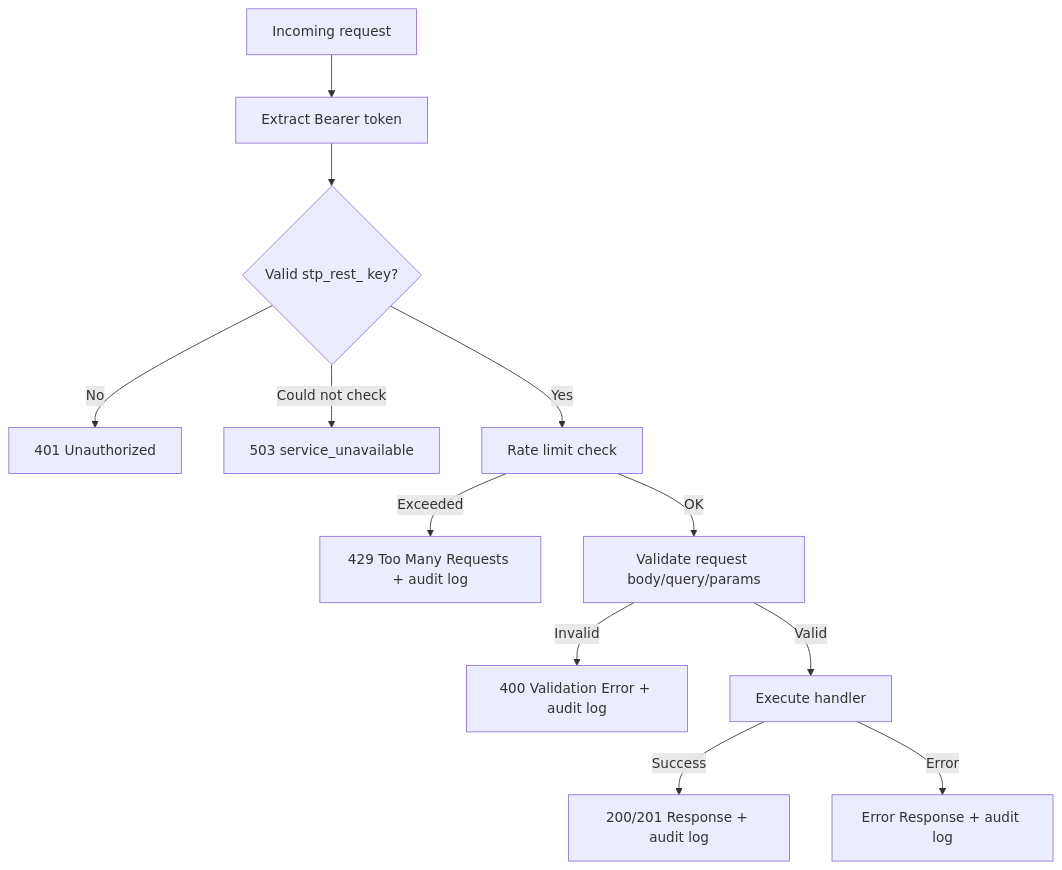
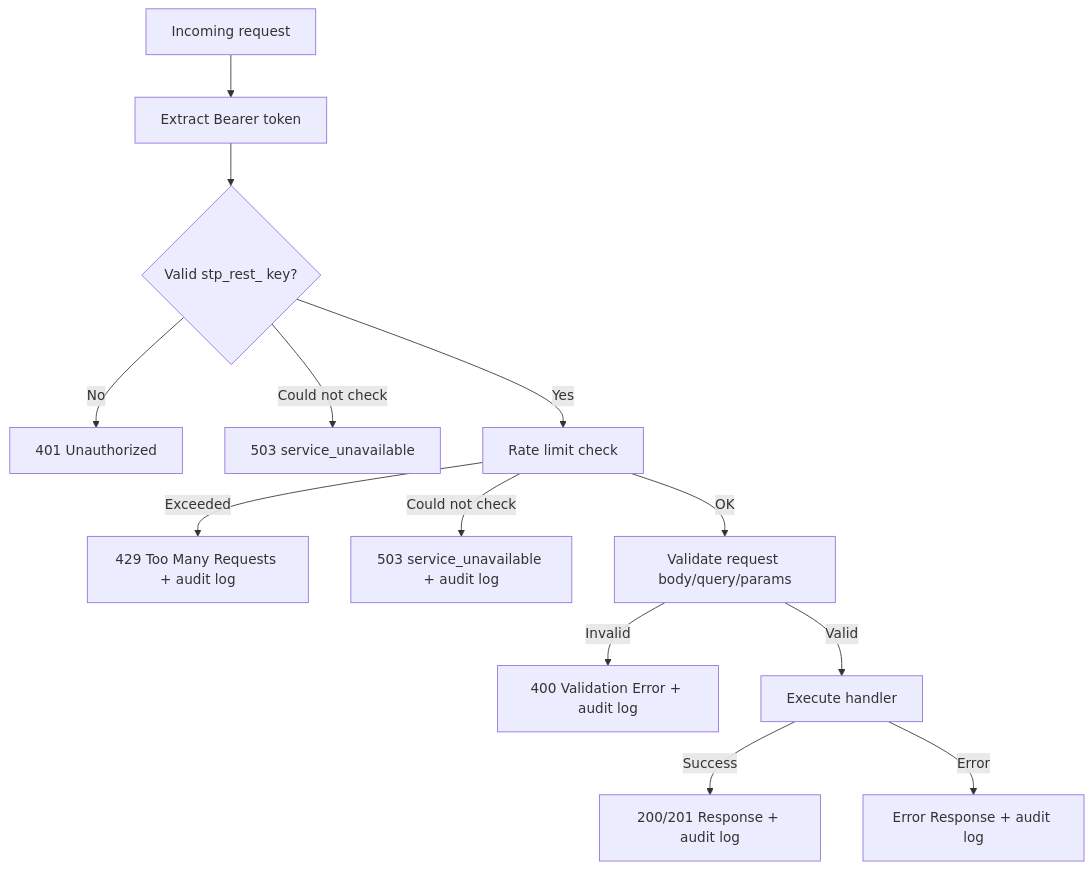
One commit to Andy00L/sharetopus changed the diagram in docs/REST.md. Above: the diagram before and after it, drawn with Mermaid. The commit also changed other lines of this file and 31 other files, not shown here.

````diff
--- a/docs/REST.md
+++ b/docs/REST.md
@@ -117,14 +117,15 @@
 ```mermaid
 flowchart TD
     A[Incoming request] --> B[Extract Bearer token]
     B --> C{Valid stp_rest_ key?}
     C -->|No| D[401 Unauthorized]
     C -->|Could not check| D2[503 service_unavailable]
     C -->|Yes| E[Rate limit check]
     E -->|Exceeded| F[429 Too Many Requests + audit log]
+    E -->|Could not check| F2[503 service_unavailable + audit log]
     E -->|OK| G[Validate request body/query/params]
     G -->|Invalid| H[400 Validation Error + audit log]
     G -->|Valid| I[Execute handler]
     I -->|Success| J[200/201 Response + audit log]
     I -->|Error| K[Error Response + audit log]
 ```
````
